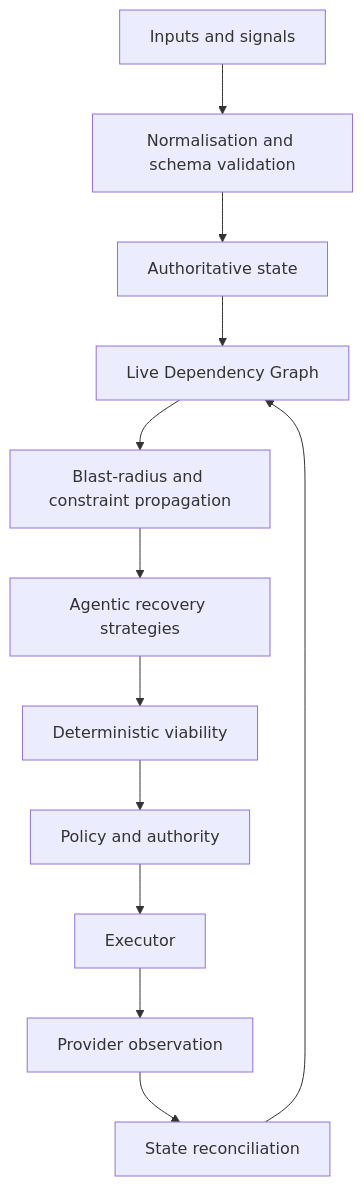
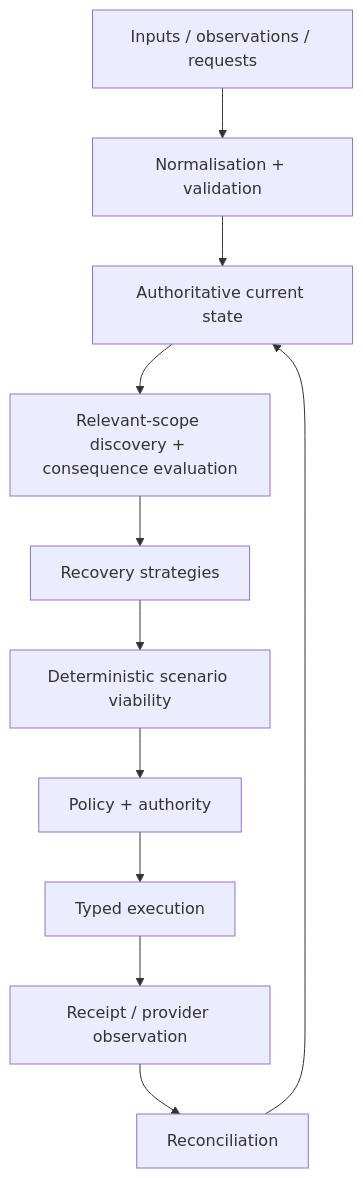
One commit to dropandresetmain-prog/qoder-atlas changed the first of 2 diagrams in docs/ARCHITECTURE.md. Above: the diagram before and after it, drawn with Mermaid. The commit also changed other lines of this file and 8 other files, not shown here.

````diff
--- a/docs/ARCHITECTURE.md
+++ b/docs/ARCHITECTURE.md
@@ -10,14 +7,13 @@
 ```mermaid
 flowchart TD
-  I[Inputs and signals] --> N[Normalisation and schema validation]
-  N --> S[Authoritative state]
-  S --> G[Live Dependency Graph]
-  G --> B[Blast-radius and constraint propagation]
-  B --> P[Agentic recovery strategies]
-  P --> V[Deterministic viability]
-  V --> A[Policy and authority]
-  A --> E[Executor]
-  E --> O[Provider observation]
-  O --> R[State reconciliation]
-  R --> G
+  I[Inputs / observations / requests] --> N[Normalisation + validation]
+  N --> S[Authoritative current state]
+  S --> C[Relevant-scope discovery + consequence evaluation]
+  C --> P[Recovery strategies]
+  P --> V[Deterministic scenario viability]
+  V --> A[Policy + authority]
+  A --> E[Typed execution]
+  E --> O[Receipt / provider observation]
+  O --> R[Reconciliation]
+  R --> S
 ```
````
